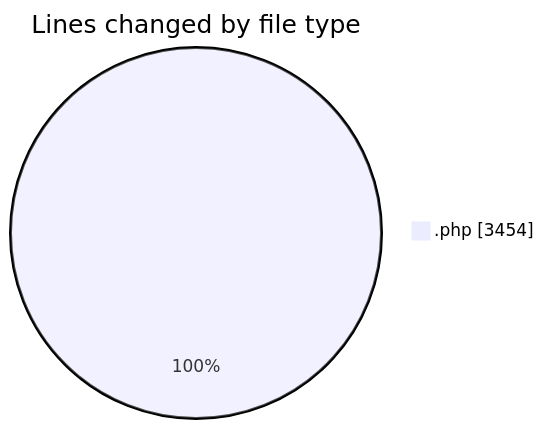
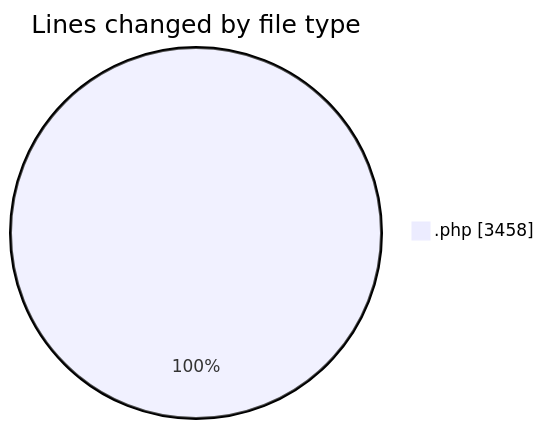
Before and after one commit to debugP/code-tracking: the first of 2 diagrams in 2025-10-21/untitled__workspace_/README.md, drawn with Mermaid. The commit also changed other lines of this file and 1 other file, not shown here.

````diff
--- a/2025-10-21/untitled__workspace_/README.md
+++ b/2025-10-21/untitled__workspace_/README.md
@@ -20,5 +20,5 @@
 ```mermaid
 pie showData
 title Lines changed by file type
-".php" : 3454
+".php" : 3458
 ```
````
